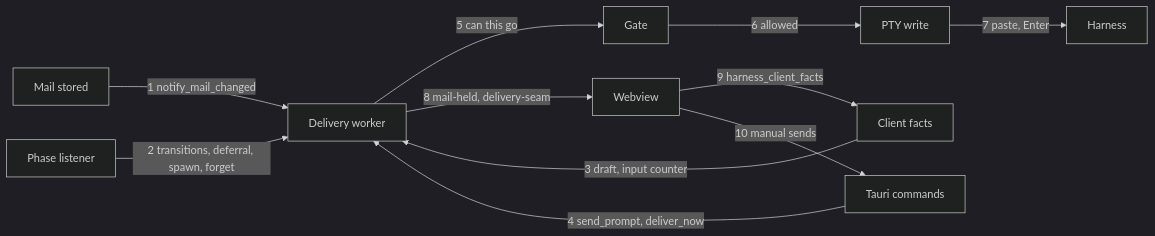
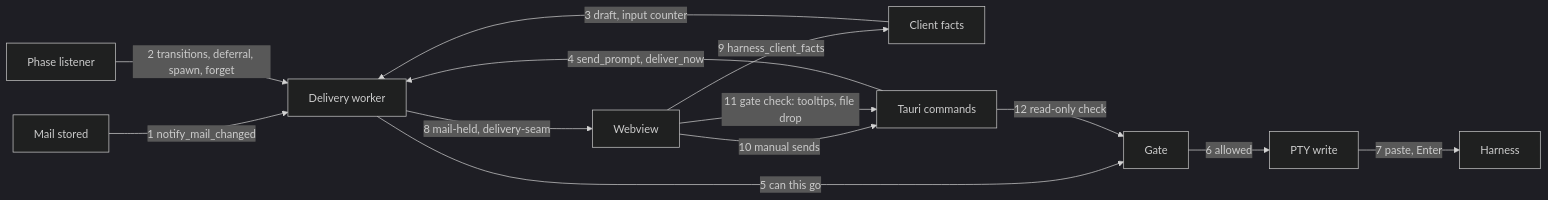
Diagram 12 of 14 in docs/skeind-p2-design.md (timeloop-vault/skein), drawn with Mermaid (dark theme) before and after one commit. The commit also changed other lines of this file and 31 other files, not shown here.

````diff
--- a/docs/skeind-p2-design.md
+++ b/docs/skeind-p2-design.md
@@ -1908,22 +1921,24 @@
 ```mermaid
 flowchart LR
     MAIL["Mail stored"]
     LIS["Phase listener"]
     CF["Client facts"]
     W["Delivery worker"]
     G["Gate"]
     P["PTY write"]
     H["Harness"]
     UI["Webview"]
     CMD["Tauri commands"]
     MAIL -->|"1 notify_mail_changed"| W
     LIS -->|"2 transitions, deferral, spawn, forget"| W
     CF -->|"3 draft, input counter"| W
     CMD -->|"4 send_prompt, deliver_now"| W
     W -->|"5 can this go"| G
     G -->|"6 allowed"| P
     P -->|"7 paste, Enter"| H
     W -->|"8 mail-held, delivery-seam"| UI
     UI -->|"9 harness_client_facts"| CF
     UI -->|"10 manual sends"| CMD
+    UI -->|"11 gate check: tooltips, file drop"| CMD
+    CMD -->|"12 read-only check"| G
 ```
````
